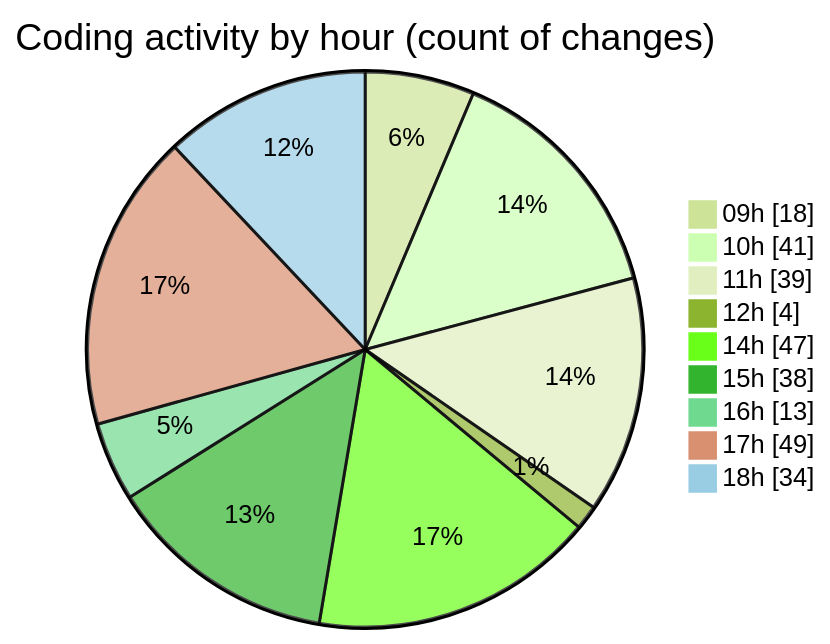
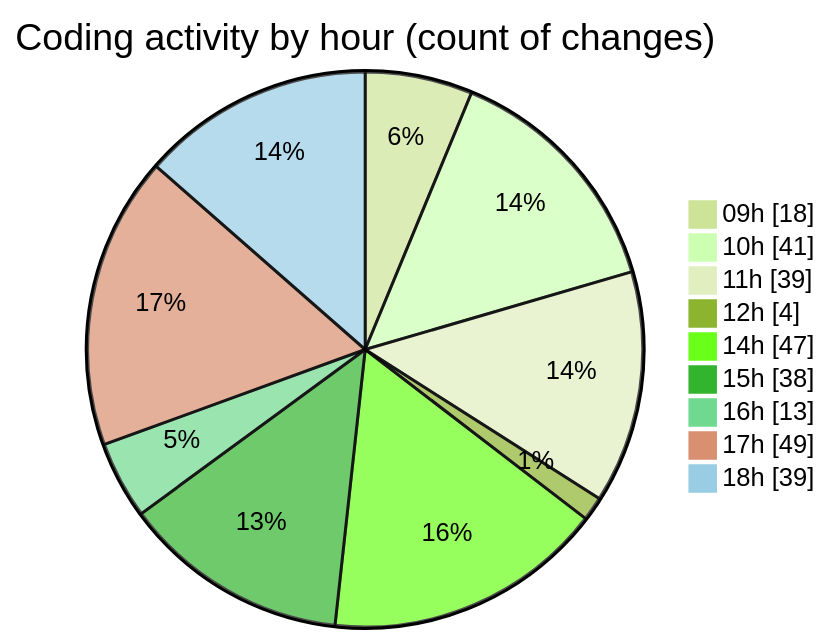
One commit to momahboobian/code-tracking changed the second of 2 diagrams in 2025-02-11/cda/README.md. Above: the diagram before and after it, drawn with Mermaid (forest theme). The commit also changed other lines of this file and 1 other file, not shown here.

````diff
--- a/2025-02-11/cda/README.md
+++ b/2025-02-11/cda/README.md
@@ -34,13 +34,13 @@
 ```mermaid
 pie showData
 title Coding activity by hour (count of changes)
 "09h" : 18
 "10h" : 41
 "11h" : 39
 "12h" : 4
 "14h" : 47
 "15h" : 38
 "16h" : 13
 "17h" : 49
-"18h" : 34
+"18h" : 39
 ```
````
